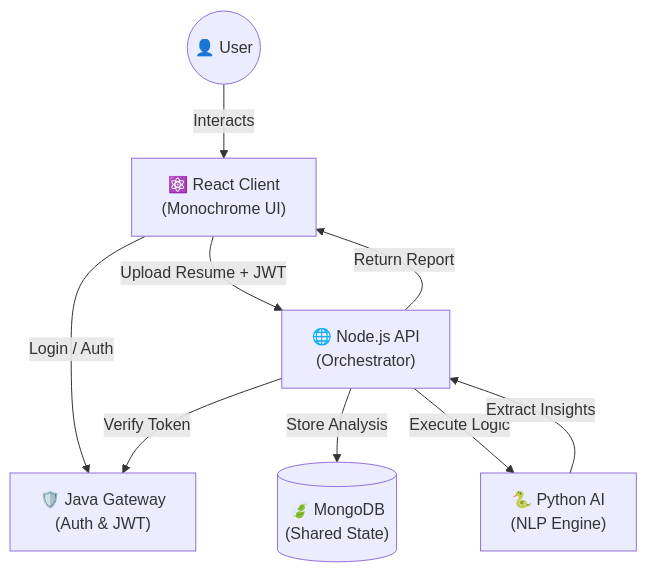
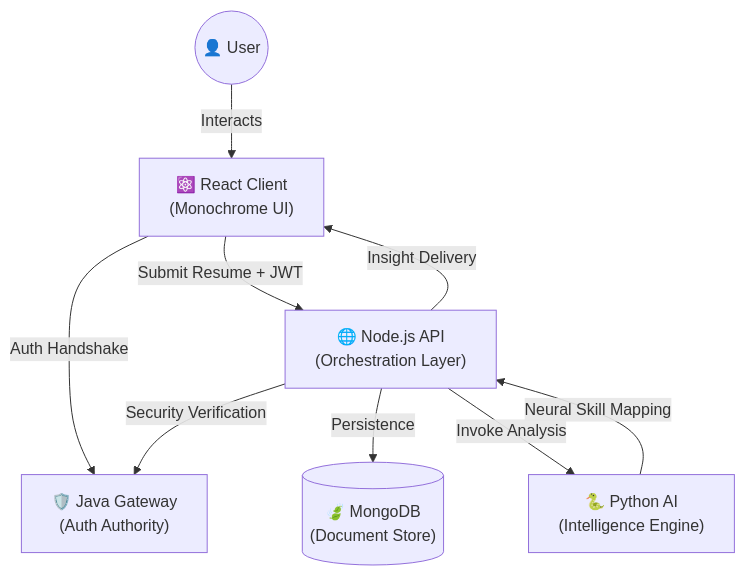
One commit to kirtan597/Futrix-Ai changed the diagram in README.md. Above: the diagram before and after it, drawn with Mermaid. The commit also changed other lines of this file, not shown here.

Commit message:
docs: improve README with detailed component breakdown and intelligence narrative

````diff
--- a/README.md
+++ b/README.md
@@ -53,18 +53,18 @@
 ```mermaid
 graph TD
     User((👤 User))
     Client["⚛️ React Client\n(Monochrome UI)"]
-    Gateway["🛡️ Java Gateway\n(Auth & JWT)"]
-    NodeAPI["🌐 Node.js API\n(Orchestrator)"]
-    PythonAI["🐍 Python AI\n(NLP Engine)"]
-    DB[("🍃 MongoDB\n(Shared State)")]
+    Gateway["🛡️ Java Gateway\n(Auth Authority)"]
+    NodeAPI["🌐 Node.js API\n(Orchestration Layer)"]
+    PythonAI["🐍 Python AI\n(Intelligence Engine)"]
+    DB[("🍃 MongoDB\n(Document Store)")]
 
     User -->|Interacts| Client
-    Client -->|Login / Auth| Gateway
-    Client -->|Upload Resume + JWT| NodeAPI
-    NodeAPI -->|Verify Token| Gateway
-    NodeAPI -->|Store Analysis| DB
-    NodeAPI -->|Execute Logic| PythonAI
-    PythonAI -->|Extract Insights| NodeAPI
-    NodeAPI -->|Return Report| Client
+    Client -->|Auth Handshake| Gateway
+    Client -->|Submit Resume + JWT| NodeAPI
+    NodeAPI -->|Security Verification| Gateway
+    NodeAPI -->|Persistence| DB
+    NodeAPI -->|Invoke Analysis| PythonAI
+    PythonAI -->|Neural Skill Mapping| NodeAPI
+    NodeAPI -->|Insight Delivery| Client
 ```
````
